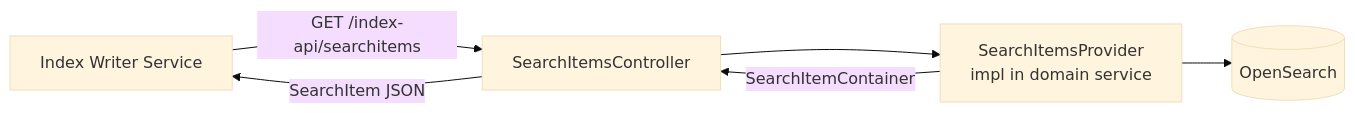
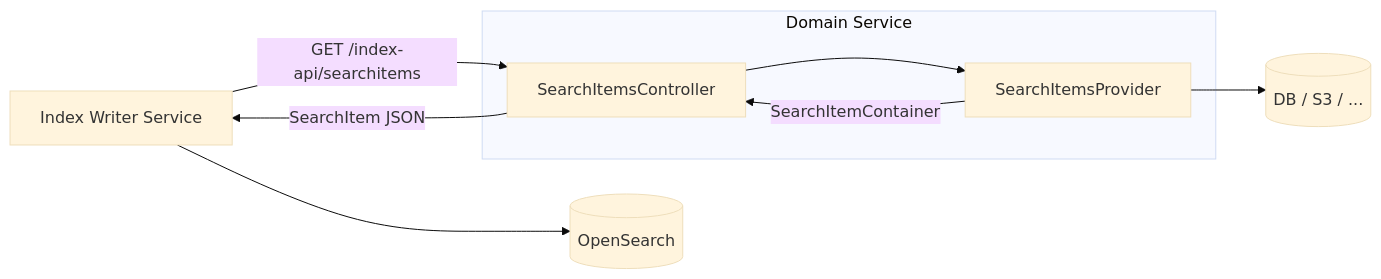
The diagram in docs/getting-started.md (jeap-admin-ch/jeap-opensearch-searchitem-api), drawn with Mermaid (base theme) before and after one commit.

Commit message:
JEAP-7182: adapt overview image

````diff
--- a/docs/getting-started.md
+++ b/docs/getting-started.md
@@ -13,8 +13,11 @@
 ```mermaid
 flowchart LR
-    Writer[Index Writer Service] -->|GET /index-api/searchitems| Controller[SearchItemsController]
-    Controller --> Provider[SearchItemsProvider\nimpl in domain service]
-    Provider --> OpenSearch[(OpenSearch)]
-    Provider -->|SearchItemContainer| Controller
+    Writer[Index Writer Service] -->|GET /index-api/searchitems| Controller
+    subgraph DomainService[Domain Service]
+        Controller[SearchItemsController] --> Provider[SearchItemsProvider]
+        Provider -->|SearchItemContainer| Controller
+    end
+    Provider --> DataStore[(DB / S3 / ...)]
     Controller -->|SearchItem JSON| Writer
+    Writer --> OpenSearch[(OpenSearch)]
 ```
````
